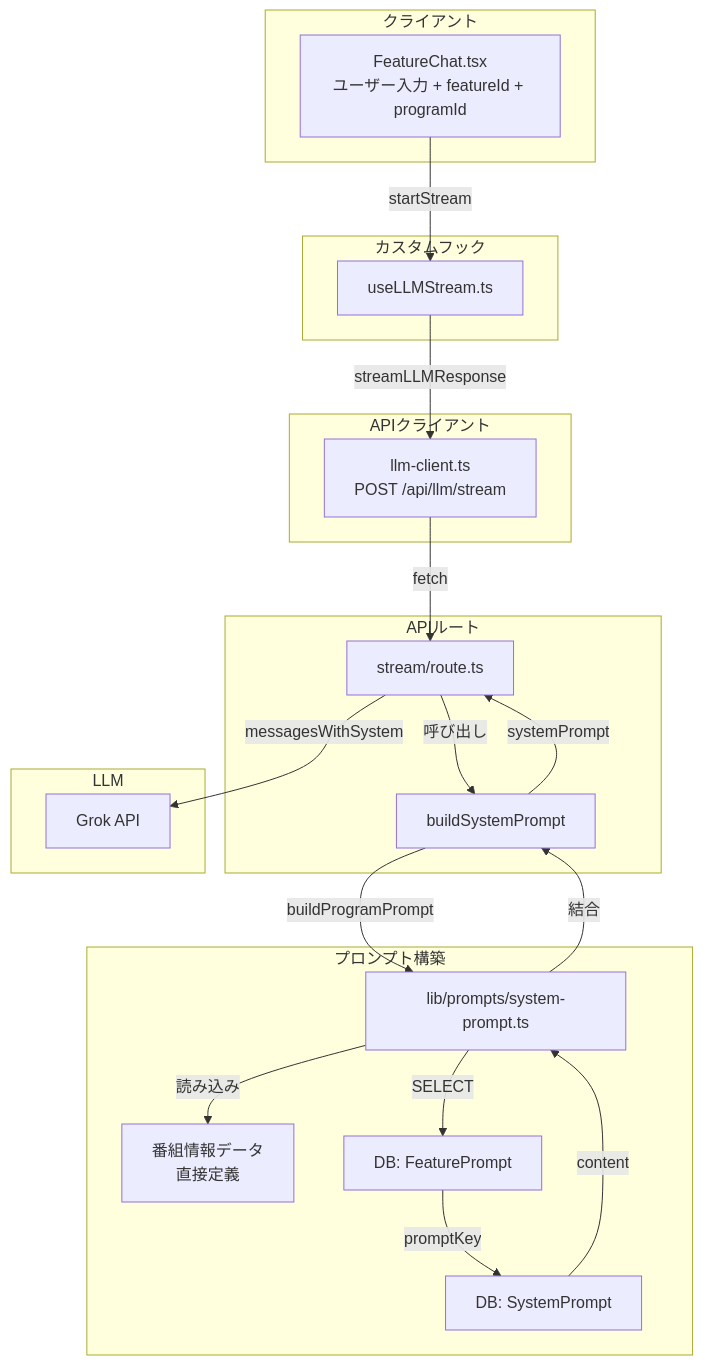
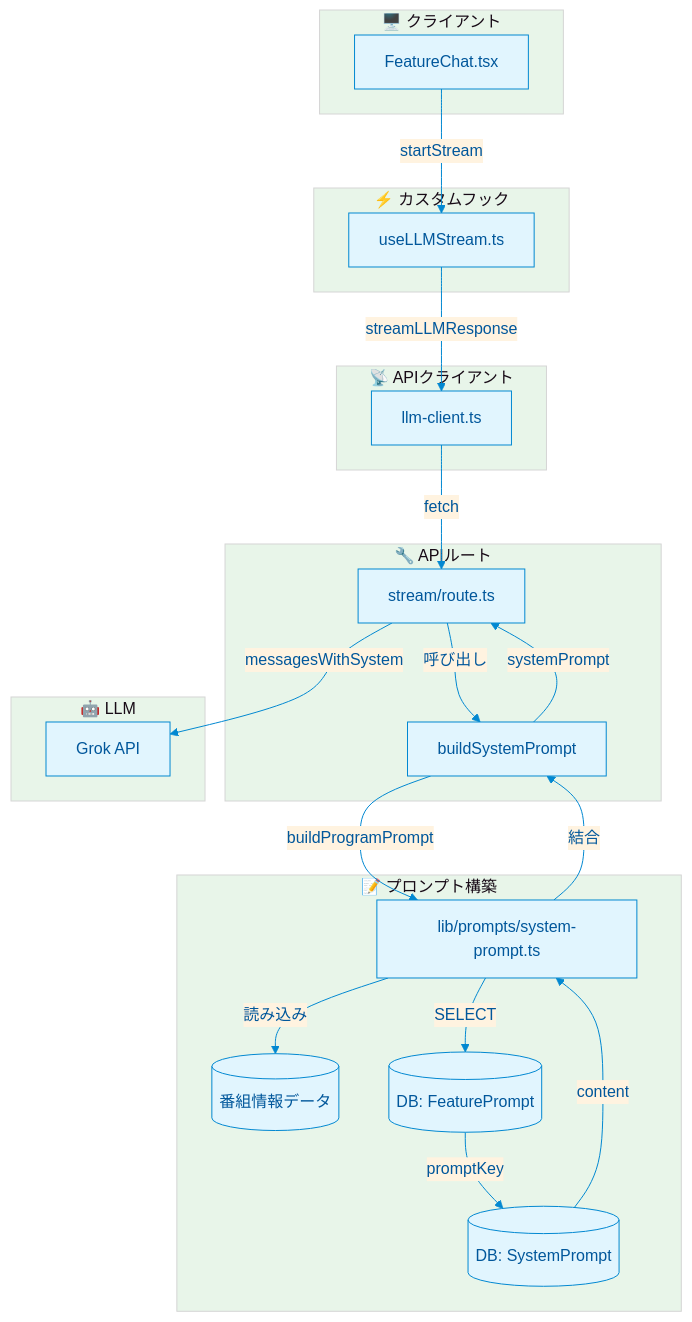
One commit to langcore-org/united-productions-web changed the first of 7 diagrams in docs/specs/api-integration/system-prompt-generation.md. Above: the diagram before and after it, drawn with Mermaid. The commit also changed other lines of this file, not shown here.

First line of the commit message:
docs: Mermaid図をダークモード対応に改善

````diff
--- a/docs/specs/api-integration/system-prompt-generation.md
+++ b/docs/specs/api-integration/system-prompt-generation.md
@@ -20,43 +20,44 @@
 ```mermaid
+%%{init: {'theme': 'base', 'themeVariables': { 'primaryColor': '#e1f5fe', 'primaryTextColor': '#01579b', 'primaryBorderColor': '#0288d1', 'lineColor': '#0288d1', 'secondaryColor': '#fff3e0', 'tertiaryColor': '#e8f5e9', 'background': '#fafafa'}}}%%
 flowchart TB
-    subgraph Client["クライアント"]
-        A[FeatureChat.tsx<br/>ユーザー入力 + featureId + programId]
+    subgraph Client["🖥️ クライアント"]
+        A[FeatureChat.tsx]
     end
 
-    subgraph Hooks["カスタムフック"]
+    subgraph Hooks["⚡ カスタムフック"]
         B[useLLMStream.ts]
     end
 
-    subgraph APIClient["APIクライアント"]
-        C[llm-client.ts<br/>POST /api/llm/stream]
+    subgraph APIClient["📡 APIクライアント"]
+        C[llm-client.ts]
     end
 
-    subgraph APIRoute["APIルート"]
+    subgraph APIRoute["🔧 APIルート"]
         D[stream/route.ts]
         E[buildSystemPrompt]
     end
 
-    subgraph PromptBuilder["プロンプト構築"]
+    subgraph PromptBuilder["📝 プロンプト構築"]
         F[lib/prompts/system-prompt.ts]
-        G[番組情報データ<br/>直接定義]
-        H[DB: FeaturePrompt]
-        I[DB: SystemPrompt]
+        G[(番組情報データ)]
+        H[(DB: FeaturePrompt)]
+        I[(DB: SystemPrompt)]
     end
 
-    subgraph LLM["LLM"]
+    subgraph LLM["🤖 LLM"]
         J[Grok API]
     end
 
     A -->|startStream| B
     B -->|streamLLMResponse| C
     C -->|fetch| D
     D -->|呼び出し| E
     E -->|buildProgramPrompt| F
     F -->|読み込み| G
     F -->|SELECT| H
     H -->|promptKey| I
     I -->|content| F
     F -->|結合| E
     E -->|systemPrompt| D
     D -->|messagesWithSystem| J
 ```
````
